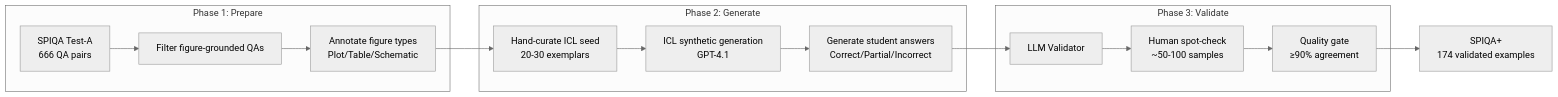
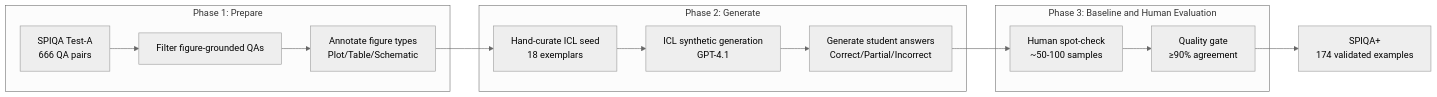
One commit to diptiaswath/studyCoach changed the first of 2 diagrams in results/pipeline_diagrams.md. Above: the diagram before and after it, drawn with Mermaid (neutral theme). The commit also changed other lines of this file, not shown here.

Commit message:
Add ICL exemplars breakdown (18 total) to pipeline diagrams

````diff
--- a/results/pipeline_diagrams.md
+++ b/results/pipeline_diagrams.md
@@ -9,21 +9,20 @@
 ```mermaid
 flowchart LR
     subgraph Phase1["Phase 1: Prepare"]
         A[SPIQA Test-A<br/>666 QA pairs] --> B[Filter figure-grounded QAs]
         B --> C[Annotate figure types<br/>Plot/Table/Schematic]
     end
 
     subgraph Phase2["Phase 2: Generate"]
-        C --> D[Hand-curate ICL seed<br/>20-30 exemplars]
+        C --> D[Hand-curate ICL seed<br/>18 exemplars]
         D --> E[ICL synthetic generation<br/>GPT-4.1]
         E --> F[Generate student answers<br/>Correct/Partial/Incorrect]
     end
 
-    subgraph Phase3["Phase 3: Validate"]
-        F --> G[LLM Validator]
-        G --> H[Human spot-check<br/>~50-100 samples]
+    subgraph Phase3["Phase 3: Baseline and Human Evaluation"]
+        F --> H[Human spot-check<br/>~50-100 samples]
         H --> I[Quality gate<br/>≥90% agreement]
     end
 
     I --> J[SPIQA+<br/>174 validated examples]
 ```
````
